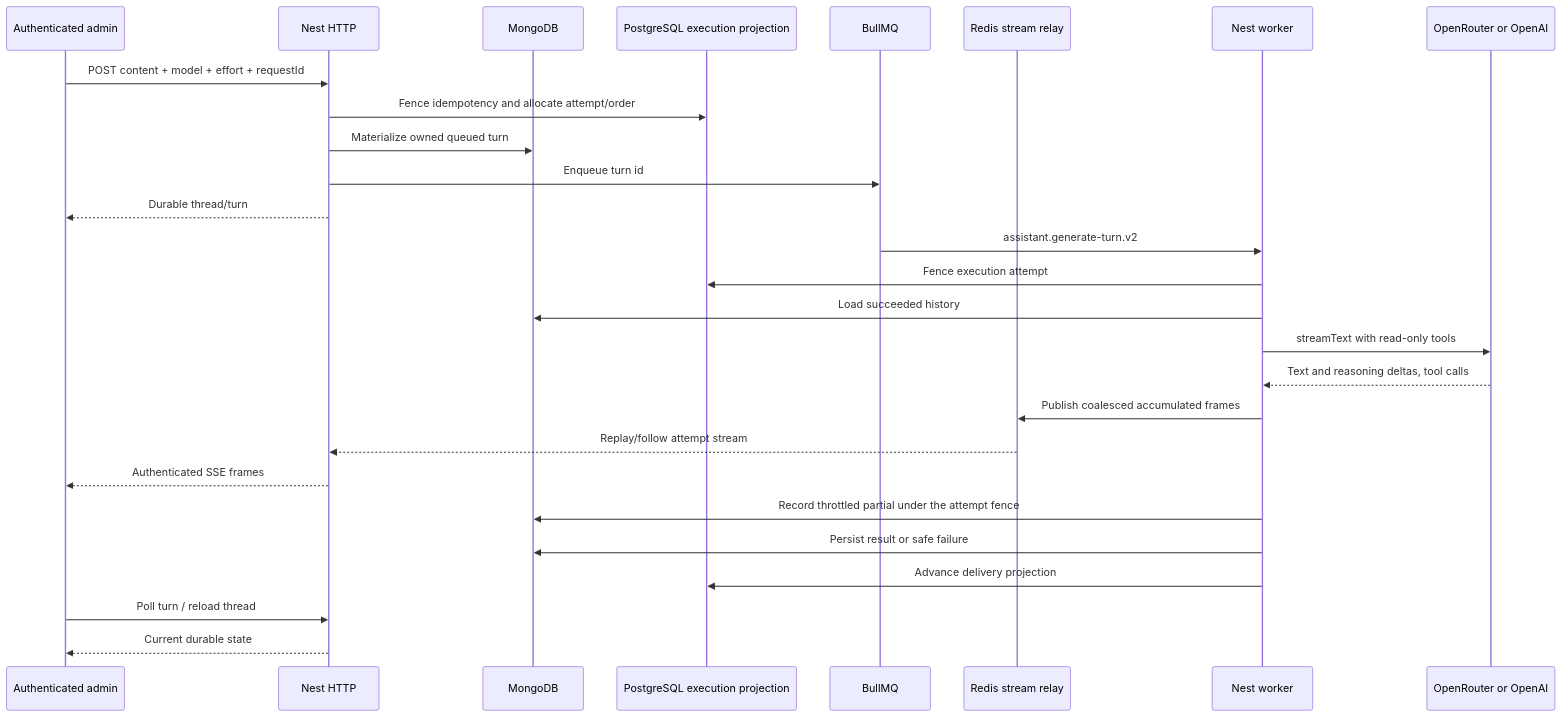
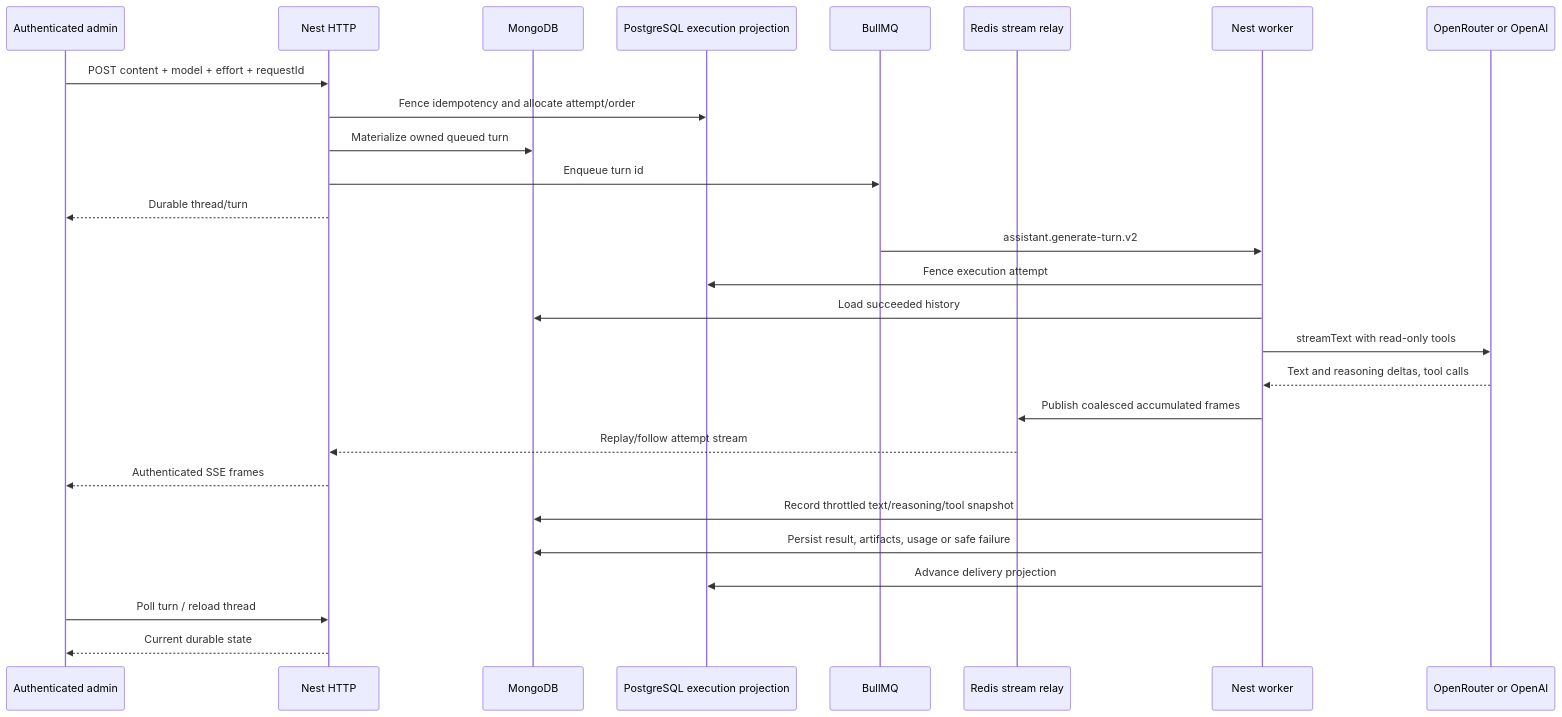
The diagram in docs/backend/modules/assistant.md (johnakisk0700/slopform), drawn with Mermaid before and after one commit. The commit also changed other lines of this file and 39 other files, not shown here.

````diff
--- a/docs/backend/modules/assistant.md
+++ b/docs/backend/modules/assistant.md
@@ -116,30 +119,30 @@
 ```mermaid
 sequenceDiagram
   participant Admin as Authenticated admin
   participant API as Nest HTTP
   participant Mongo as MongoDB
   participant DB as PostgreSQL execution projection
   participant Queue as BullMQ
   participant Redis as Redis stream relay
   participant Worker as Nest worker
   participant Model as OpenRouter or OpenAI
 
   Admin->>API: POST content + model + effort + requestId
   API->>DB: Fence idempotency and allocate attempt/order
   API->>Mongo: Materialize owned queued turn
   API->>Queue: Enqueue turn id
   API-->>Admin: Durable thread/turn
   Queue->>Worker: assistant.generate-turn.v2
   Worker->>DB: Fence execution attempt
   Worker->>Mongo: Load succeeded history
   Worker->>Model: streamText with read-only tools
   Model-->>Worker: Text and reasoning deltas, tool calls
   Worker->>Redis: Publish coalesced accumulated frames
   Redis-->>API: Replay/follow attempt stream
   API-->>Admin: Authenticated SSE frames
-  Worker->>Mongo: Record throttled partial under the attempt fence
-  Worker->>Mongo: Persist result or safe failure
+  Worker->>Mongo: Record throttled text/reasoning/tool snapshot
+  Worker->>Mongo: Persist result, artifacts, usage or safe failure
   Worker->>DB: Advance delivery projection
   Admin->>API: Poll turn / reload thread
   API-->>Admin: Current durable state
 ```
````
